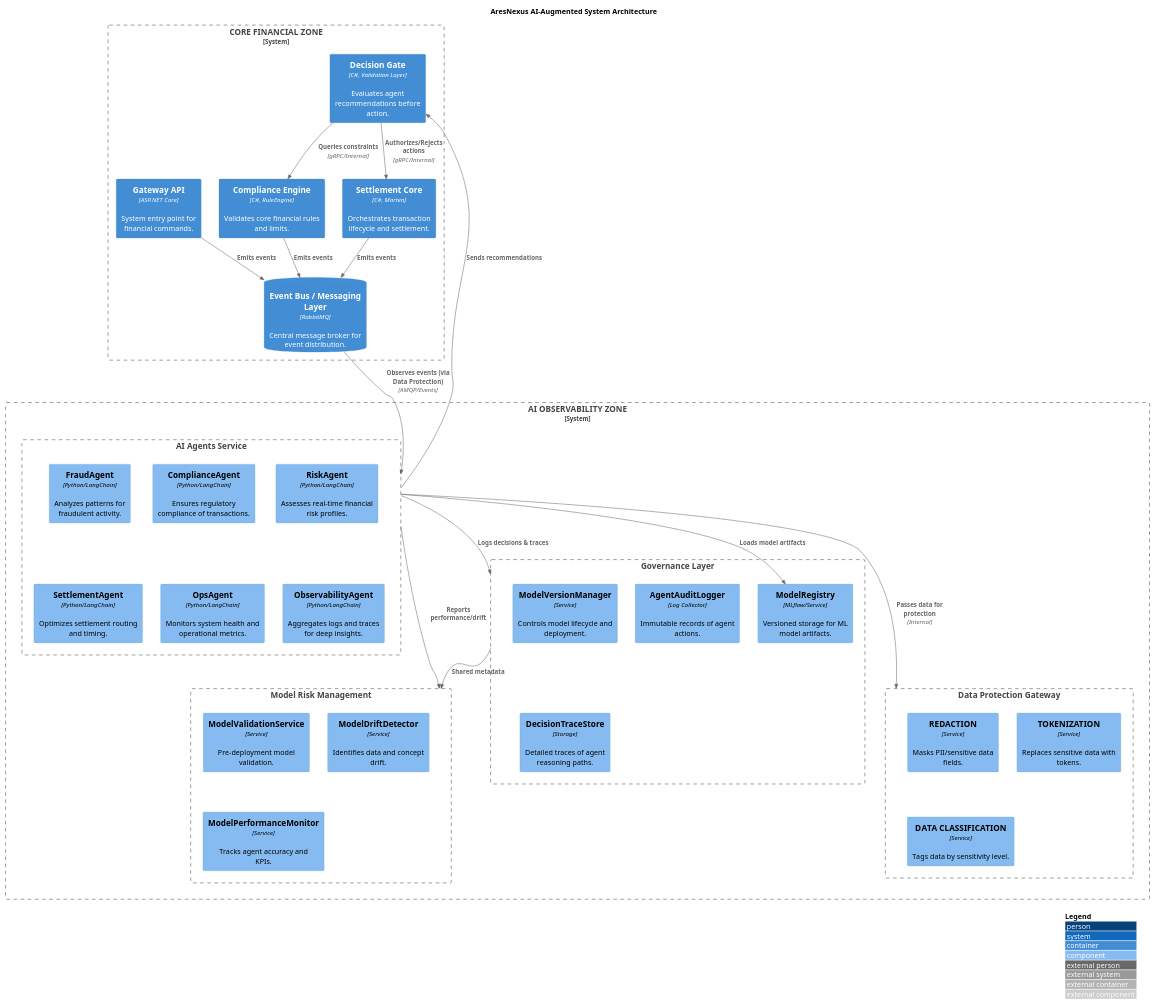
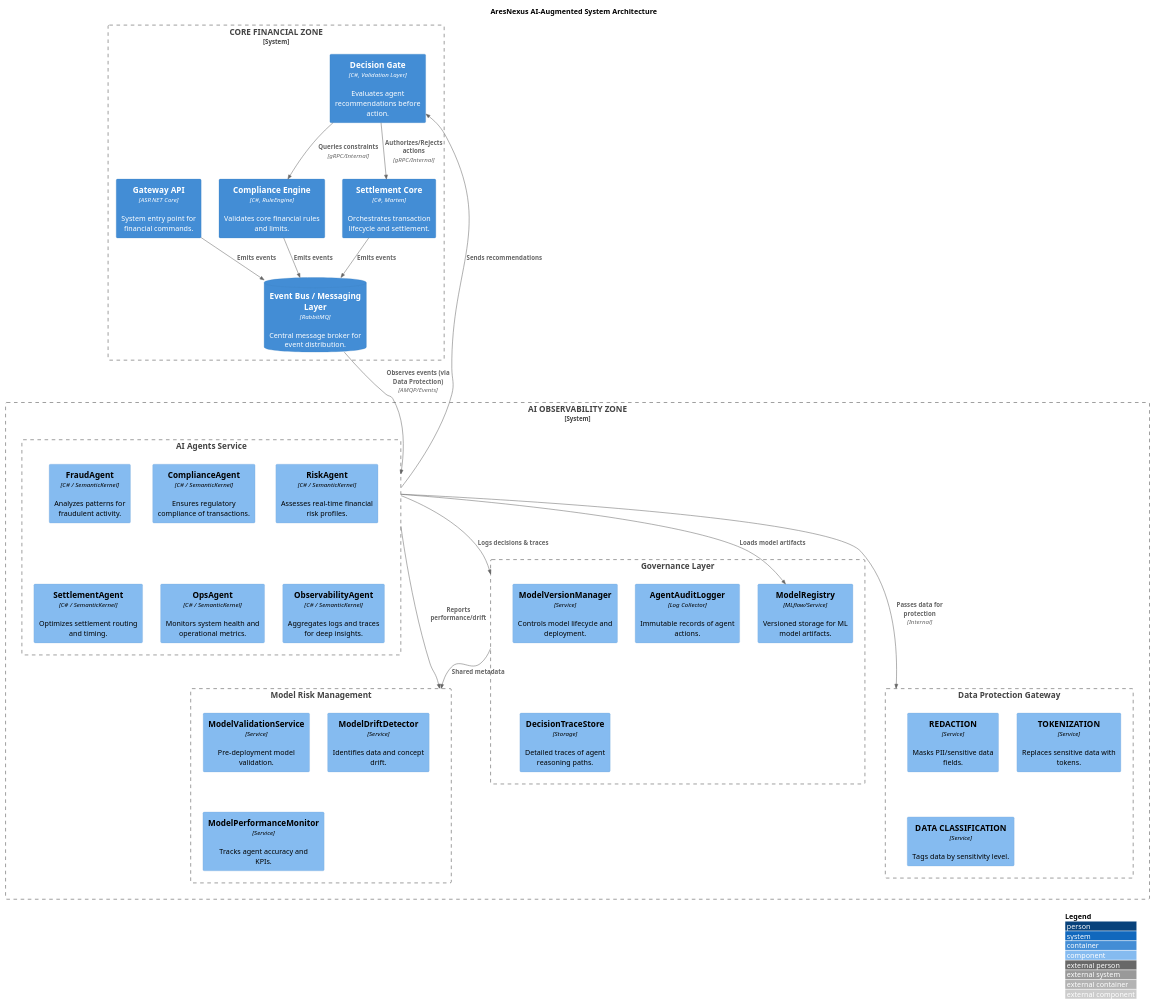
One commit to Nollyn/AresNexus changed the diagram in docs/architecture/diagrams-src/ai-multi-agent-architecture.puml. Above: the diagram before and after it, drawn with PlantUML. The commit also changed 20 other files, not shown here.

First line of the commit message:
docs: reorganize ADRs and update multi-agent compliance architecture

```diff
--- a/docs/architecture/diagrams-src/ai-multi-agent-architecture.puml
+++ b/docs/architecture/diagrams-src/ai-multi-agent-architecture.puml
@@ -1,81 +1,81 @@
 @startuml ai-multi-agent-architecture
 !include https://raw.githubusercontent.com/plantuml-stdlib/C4-PlantUML/v2.11.0/C4_Component.puml
 
 ' LAYOUT_TOP_DOWN()
 LAYOUT_WITH_LEGEND()
 
 title AresNexus AI-Augmented System Architecture
 
 ' CORE FINANCIAL ZONE
 System_Boundary(core_zone, "CORE FINANCIAL ZONE") {
     Container(gateway_api, "Gateway API", "ASP.NET Core", "System entry point for financial commands.")
     Container(settlement_core, "Settlement Core", "C#, Marten", "Orchestrates transaction lifecycle and settlement.")
     Container(compliance_engine, "Compliance Engine", "C#, RuleEngine", "Validates core financial rules and limits.")
     
     ContainerDb(event_bus, "Event Bus / Messaging Layer", "RabbitMQ", "Central message broker for event distribution.")
     
     Container(decision_gate, "Decision Gate", "C#, Validation Layer", "Evaluates agent recommendations before action.")
 }
 
 ' AI OBSERVABILITY ZONE
 System_Boundary(ai_zone, "AI OBSERVABILITY ZONE") {
     
     ' AI SYSTEM - ai-agents service
     Boundary(ai_agents_service, "AI Agents Service") {
-        Component(fraud_agent, "FraudAgent", "Python/LangChain", "Analyzes patterns for fraudulent activity.")
-        Component(compliance_agent, "ComplianceAgent", "Python/LangChain", "Ensures regulatory compliance of transactions.")
-        Component(risk_agent, "RiskAgent", "Python/LangChain", "Assesses real-time financial risk profiles.")
-        Component(settlement_agent, "SettlementAgent", "Python/LangChain", "Optimizes settlement routing and timing.")
-        Component(ops_agent, "OpsAgent", "Python/LangChain", "Monitors system health and operational metrics.")
-        Component(obs_agent, "ObservabilityAgent", "Python/LangChain", "Aggregates logs and traces for deep insights.")
+        Component(fraud_agent, "FraudAgent", "C# / SemanticKernel", "Analyzes patterns for fraudulent activity.")
+        Component(compliance_agent, "ComplianceAgent", "C# / SemanticKernel", "Ensures regulatory compliance of transactions.")
+        Component(risk_agent, "RiskAgent", "C# / SemanticKernel", "Assesses real-time financial risk profiles.")
+        Component(settlement_agent, "SettlementAgent", "C# / SemanticKernel", "Optimizes settlement routing and timing.")
+        Component(ops_agent, "OpsAgent", "C# / SemanticKernel", "Monitors system health and operational metrics.")
+        Component(obs_agent, "ObservabilityAgent", "C# / SemanticKernel", "Aggregates logs and traces for deep insights.")
     }
 
     ' GOVERNANCE COMPONENTS
     Boundary(governance_layer, "Governance Layer") {
         Component(model_registry, "ModelRegistry", "MLflow/Service", "Versioned storage for ML model artifacts.")
         Component(model_version_manager, "ModelVersionManager", "Service", "Controls model lifecycle and deployment.")
         Component(agent_audit_logger, "AgentAuditLogger", "Log Collector", "Immutable records of agent actions.")
         Component(decision_trace_store, "DecisionTraceStore", "Storage", "Detailed traces of agent reasoning paths.")
     }
 
     ' MODEL RISK MANAGEMENT
     Boundary(model_risk_mgt, "Model Risk Management") {
         Component(validation_service, "ModelValidationService", "Service", "Pre-deployment model validation.")
         Component(drift_detector, "ModelDriftDetector", "Service", "Identifies data and concept drift.")
         Component(perf_monitor, "ModelPerformanceMonitor", "Service", "Tracks agent accuracy and KPIs.")
     }
 
     ' DATA PROTECTION
     Boundary(data_protection, "Data Protection Gateway") {
         Component(redaction, "REDACTION", "Service", "Masks PII/sensitive data fields.")
         Component(tokenization, "TOKENIZATION", "Service", "Replaces sensitive data with tokens.")
         Component(classification, "DATA CLASSIFICATION", "Service", "Tags data by sensitivity level.")
     }
 }
 
 ' INTERACTION FLOWS
 ' 1. Core services emit events
 Rel(settlement_core, event_bus, "Emits events")
 Rel(compliance_engine, event_bus, "Emits events")
 Rel(gateway_api, event_bus, "Emits events")
 
 ' 2. AI Agents observe events
 Rel(event_bus, ai_agents_service, "Observes events (via Data Protection)", "AMQP/Events")
 Rel(ai_agents_service, data_protection, "Passes data for protection", "Internal")
 
 ' 3. Agents generate recommendations
 Rel(ai_agents_service, governance_layer, "Logs decisions & traces")
 Rel(ai_agents_service, model_risk_mgt, "Reports performance/drift")
 
 ' 4. Recommendations go through the Decision Gate
 Rel(ai_agents_service, decision_gate, "Sends recommendations")
 
 ' 5. Decision Gate interacts with core services
 Rel(decision_gate, settlement_core, "Authorizes/Rejects actions", "gRPC/Internal")
 Rel(decision_gate, compliance_engine, "Queries constraints", "gRPC/Internal")
 
 ' Governance & Management Links
 Rel(governance_layer, model_risk_mgt, "Shared metadata")
 Rel(ai_agents_service, model_registry, "Loads model artifacts")
 
 @enduml
```
